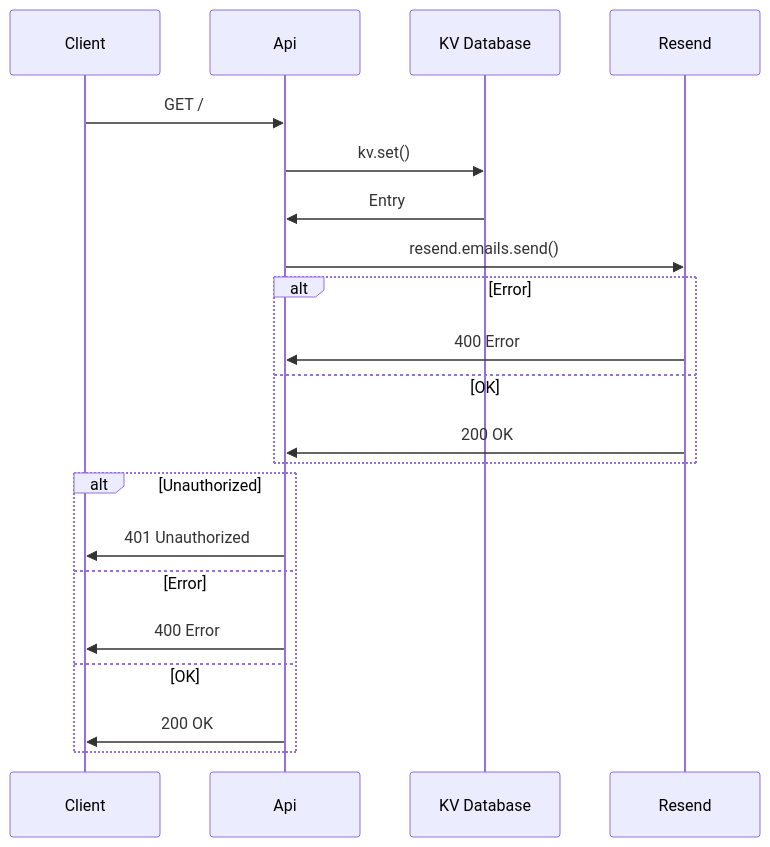
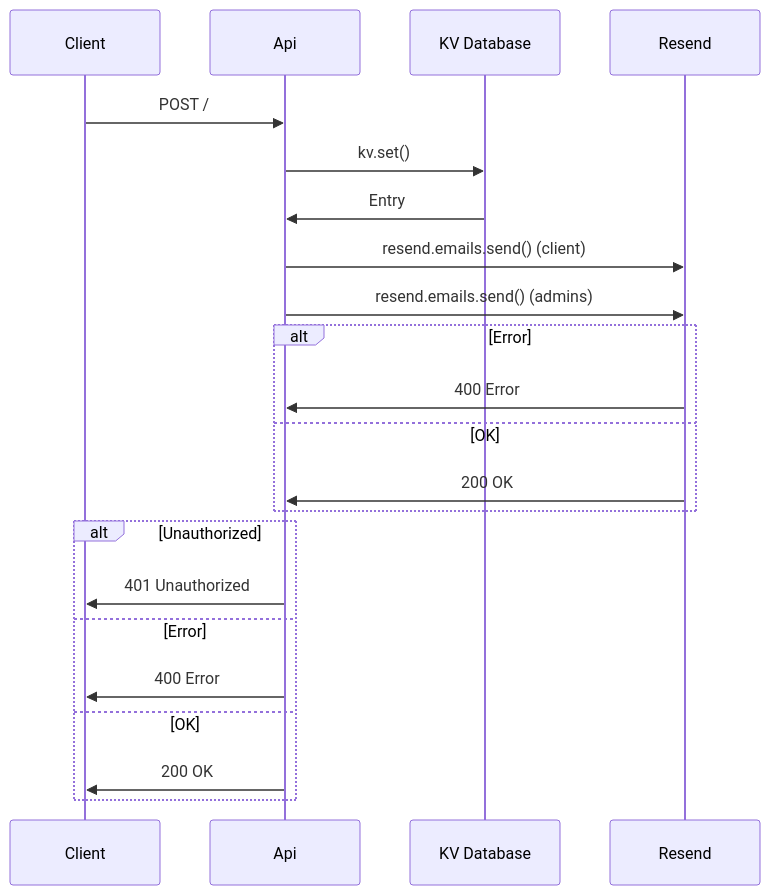
The fourth of 6 diagrams in readme.md (nn1-dev/api-tickets), drawn with Mermaid before and after one commit. The commit also changed other lines of this file, not shown here.

````diff
--- a/readme.md
+++ b/readme.md
@@ -55,23 +104,24 @@
 ```mermaid
 sequenceDiagram
     participant Client
     participant Api
     participant Db as KV Database
     participant Resend
-    Client->>Api: GET /
+    Client->>Api: POST /
     Api->>Db: kv.set()
     Db->>Api: Entry
-    Api->>Resend: resend.emails.send()
+    Api->>Resend: resend.emails.send() (client)
+    Api->>Resend: resend.emails.send() (admins)
     alt Error
         Resend->>Api: 400 Error
     else OK
         Resend->>Api: 200 OK
     end
     alt Unauthorized
         Api->>Client: 401 Unauthorized
     else Error
         Api->>Client: 400 Error
     else OK
         Api->>Client: 200 OK
     end
 ```
````
